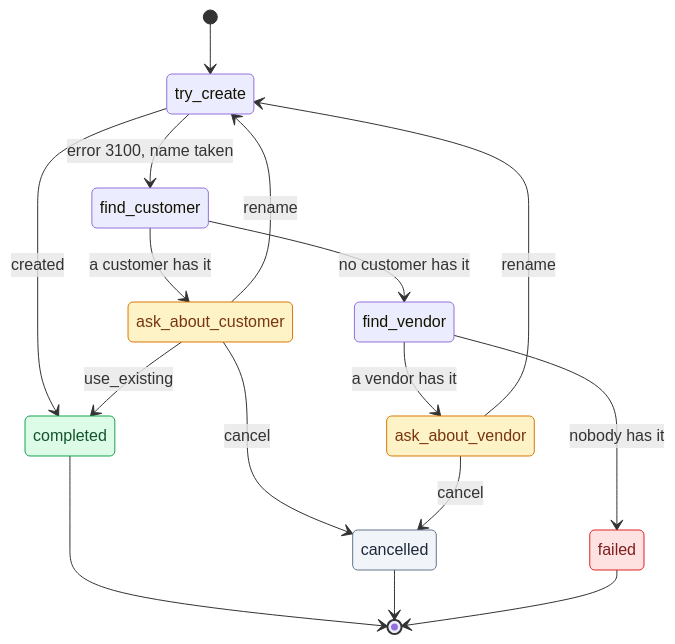
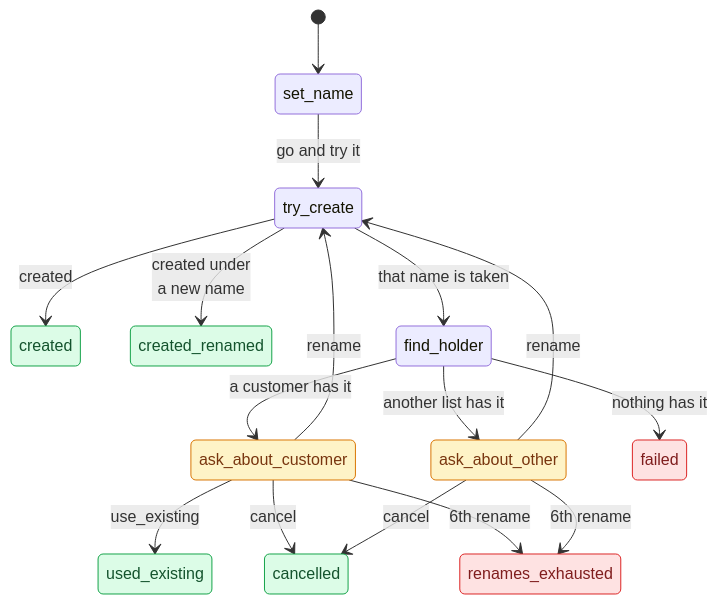
Before and after one commit to qubeintegrations/docs: the first of 3 diagrams in workflows.mdx, drawn with Mermaid. The commit also changed other lines of this file and 10 other files, not shown here.

````diff
--- a/workflows.mdx
+++ b/workflows.mdx
@@ -30,26 +32,24 @@
 ```mermaid
 stateDiagram-v2
-  [*] --> try_create
-  try_create --> completed: created
-  try_create --> find_customer: error 3100, name taken
-  find_customer --> ask_about_customer: a customer has it
-  find_customer --> find_vendor: no customer has it
-  find_vendor --> ask_about_vendor: a vendor has it
-  find_vendor --> failed: nobody has it
-  ask_about_customer --> completed: use_existing
+  [*] --> set_name
+  set_name --> try_create: go and try it
+  try_create --> created: created
+  try_create --> created_renamed: created under<br/>a new name
+  try_create --> find_holder: that name is taken
+  find_holder --> ask_about_customer: a customer has it
+  find_holder --> ask_about_other: another list has it
+  find_holder --> failed: nothing has it
+  ask_about_customer --> used_existing: use_existing
   ask_about_customer --> try_create: rename
+  ask_about_other --> try_create: rename
   ask_about_customer --> cancelled: cancel
-  ask_about_vendor --> try_create: rename
-  ask_about_vendor --> cancelled: cancel
-  completed --> [*]
-  cancelled --> [*]
-  failed --> [*]
+  ask_about_other --> cancelled: cancel
+  ask_about_customer --> renames_exhausted: 6th rename
+  ask_about_other --> renames_exhausted: 6th rename
   classDef ask fill:#fef3c7,stroke:#d97706,color:#78350f
   classDef good fill:#dcfce7,stroke:#16a34a,color:#14532d
-  classDef quiet fill:#f1f5f9,stroke:#64748b,color:#1e293b
   classDef bad fill:#fee2e2,stroke:#dc2626,color:#7f1d1d
-  class ask_about_customer, ask_about_vendor ask
-  class completed good
-  class cancelled quiet
-  class failed bad
+  class ask_about_customer, ask_about_other ask
+  class created, created_renamed, used_existing, cancelled good
+  class failed, renames_exhausted bad
 ```
````
